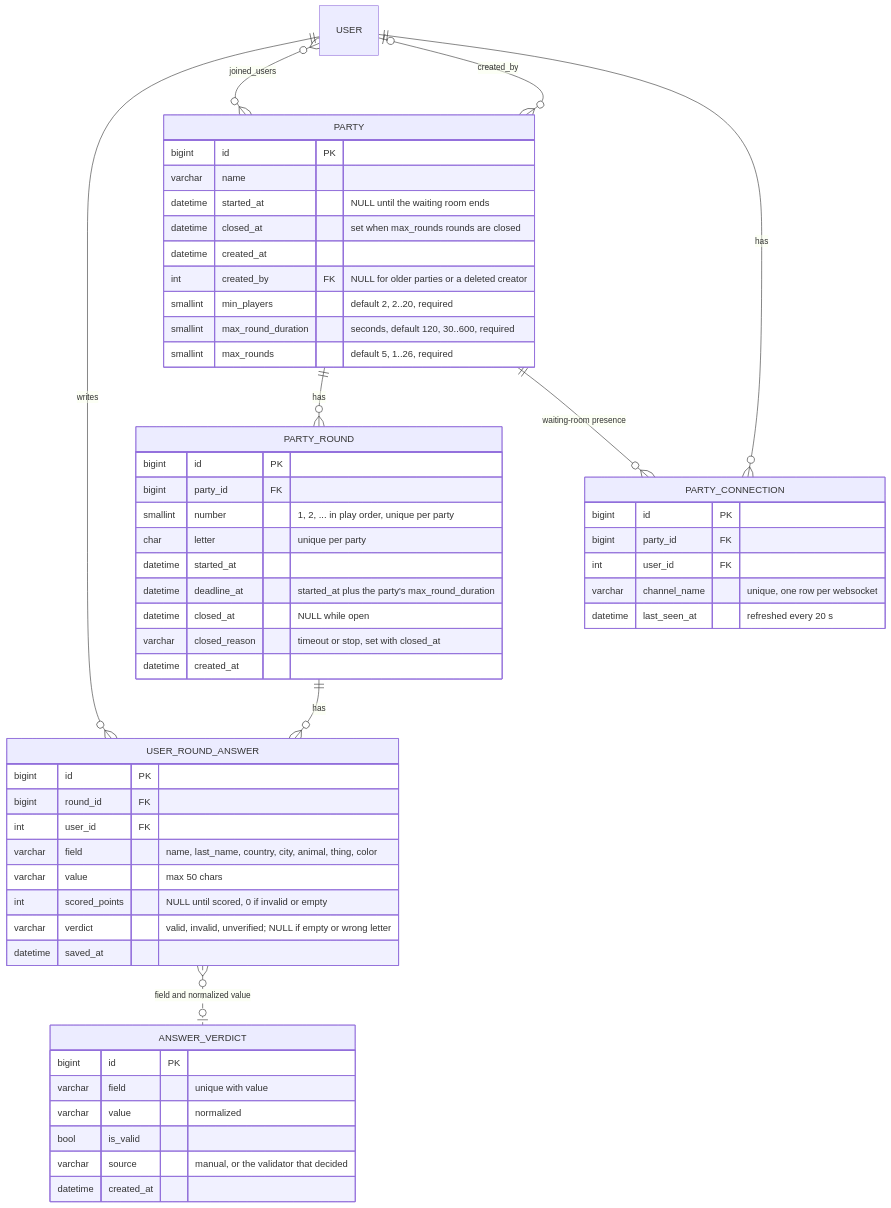
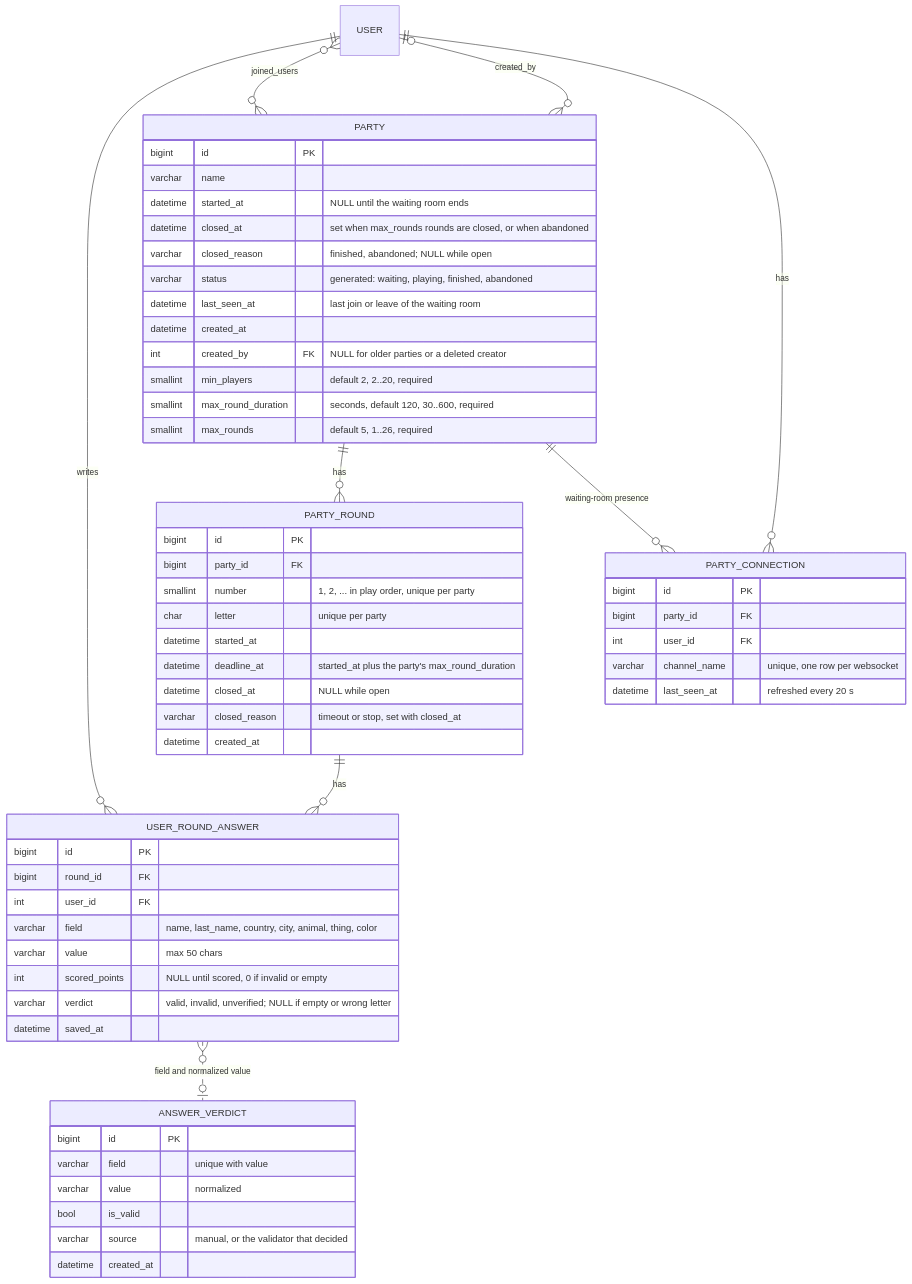
One commit to DanielGnzlzVll/AACX changed the fifth of 5 diagrams in docs/architecture.md. Above: the diagram before and after it, drawn with Mermaid. The commit also changed other lines of this file and 14 other files, not shown here.

````diff
--- a/docs/architecture.md
+++ b/docs/architecture.md
@@ -271,59 +275,62 @@
 ```mermaid
 erDiagram
     USER ||--o{ USER_ROUND_ANSWER : writes
     USER }o--o{ PARTY : "joined_users"
     USER |o--o{ PARTY : "created_by"
     PARTY ||--o{ PARTY_ROUND : has
     PARTY ||--o{ PARTY_CONNECTION : "waiting-room presence"
     USER ||--o{ PARTY_CONNECTION : has
     PARTY_ROUND ||--o{ USER_ROUND_ANSWER : has
     USER_ROUND_ANSWER }o..o| ANSWER_VERDICT : "field and normalized value"
 
     PARTY {
         bigint id PK
         varchar name
         datetime started_at "NULL until the waiting room ends"
-        datetime closed_at "set when max_rounds rounds are closed"
+        datetime closed_at "set when max_rounds rounds are closed, or when abandoned"
+        varchar closed_reason "finished, abandoned; NULL while open"
+        varchar status "generated: waiting, playing, finished, abandoned"
+        datetime last_seen_at "last join or leave of the waiting room"
         datetime created_at
         int created_by FK "NULL for older parties or a deleted creator"
         smallint min_players "default 2, 2..20, required"
         smallint max_round_duration "seconds, default 120, 30..600, required"
         smallint max_rounds "default 5, 1..26, required"
     }
     PARTY_CONNECTION {
         bigint id PK
         bigint party_id FK
         int user_id FK
         varchar channel_name "unique, one row per websocket"
         datetime last_seen_at "refreshed every 20 s"
     }
     PARTY_ROUND {
         bigint id PK
         bigint party_id FK
         smallint number "1, 2, ... in play order, unique per party"
         char letter "unique per party"
         datetime started_at
         datetime deadline_at "started_at plus the party's max_round_duration"
         datetime closed_at "NULL while open"
         varchar closed_reason "timeout or stop, set with closed_at"
         datetime created_at
     }
     USER_ROUND_ANSWER {
         bigint id PK
         bigint round_id FK
         int user_id FK
         varchar field "name, last_name, country, city, animal, thing, color"
         varchar value "max 50 chars"
         int scored_points "NULL until scored, 0 if invalid or empty"
         varchar verdict "valid, invalid, unverified; NULL if empty or wrong letter"
         datetime saved_at
     }
     ANSWER_VERDICT {
         bigint id PK
         varchar field "unique with value"
         varchar value "normalized"
         bool is_valid
         varchar source "manual, or the validator that decided"
         datetime created_at
     }
 ```
````
